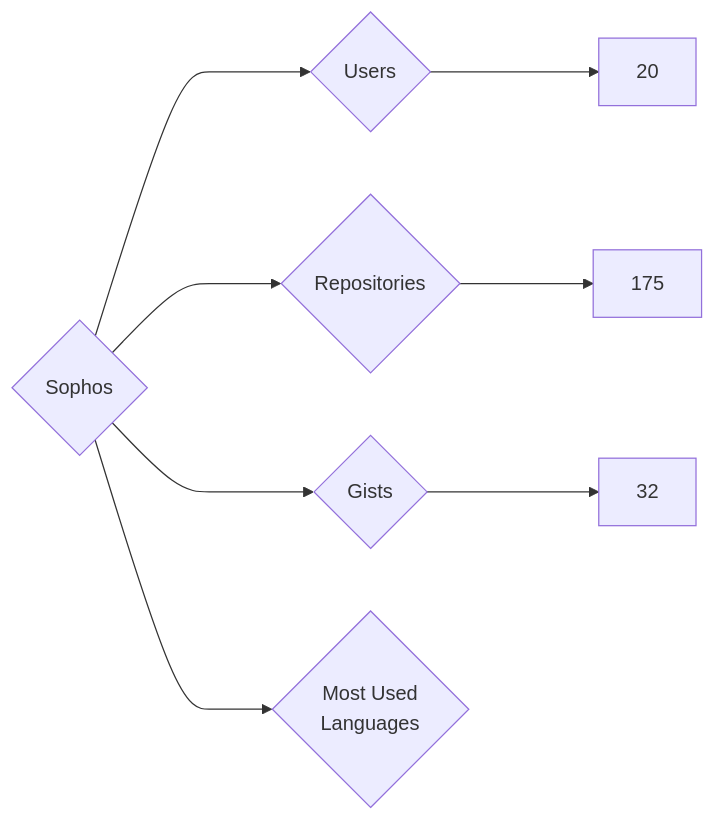
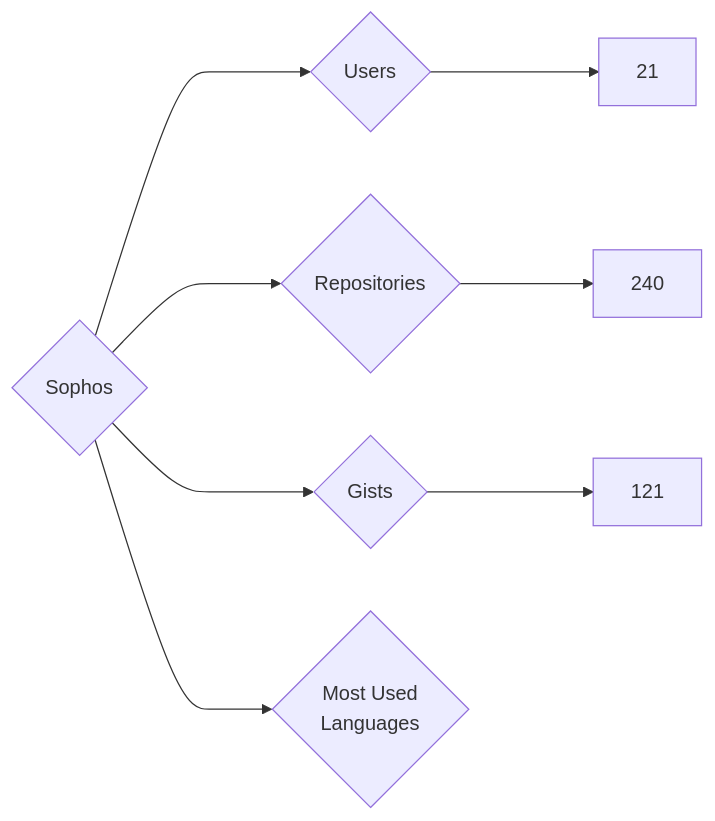
Before and after one commit to nenadzaric/insiders: the diagram in targets/Sophos/README.md, drawn with Mermaid. The commit also changed 1342 other files, not shown here.

````diff
--- a/targets/Sophos/README.md
+++ b/targets/Sophos/README.md
@@ -3,8 +3,8 @@
 ```mermaid
 graph LR
 COMPANY_NAME{Sophos}
-COMPANY_NAME ---> U{Users} ---> UN[20]
-COMPANY_NAME ---> R{Repositories} ---> RN[175]
-COMPANY_NAME ---> G{Gists} ---> GN[32]
+COMPANY_NAME ---> U{Users} ---> UN[21]
+COMPANY_NAME ---> R{Repositories} ---> RN[240]
+COMPANY_NAME ---> G{Gists} ---> GN[121]
 COMPANY_NAME ---> ML{Most Used<br>Languages}
 ```
````
